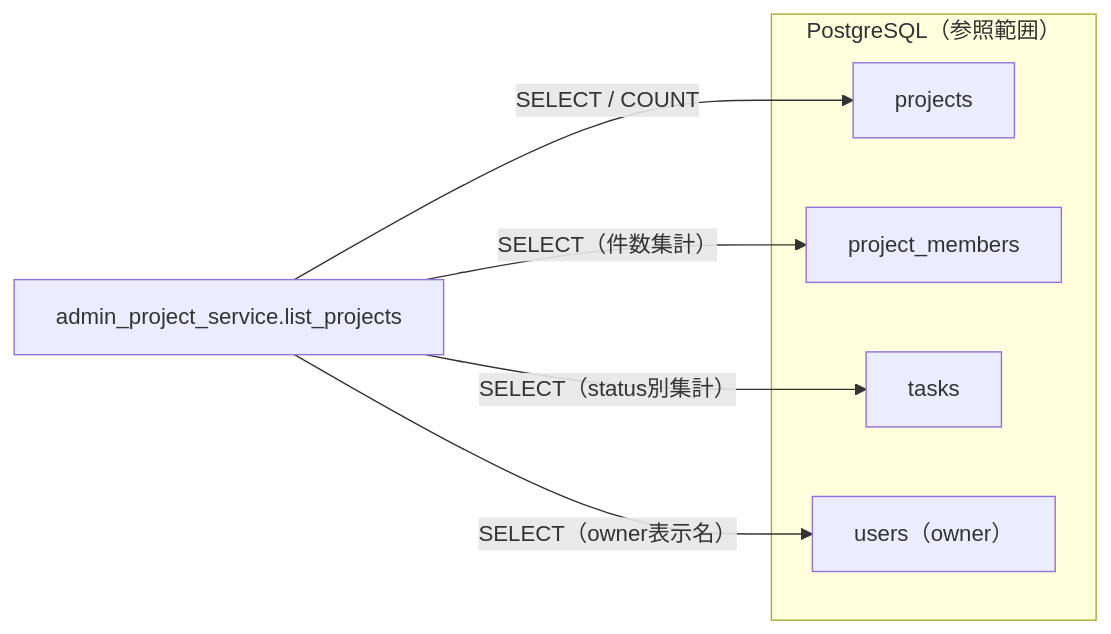
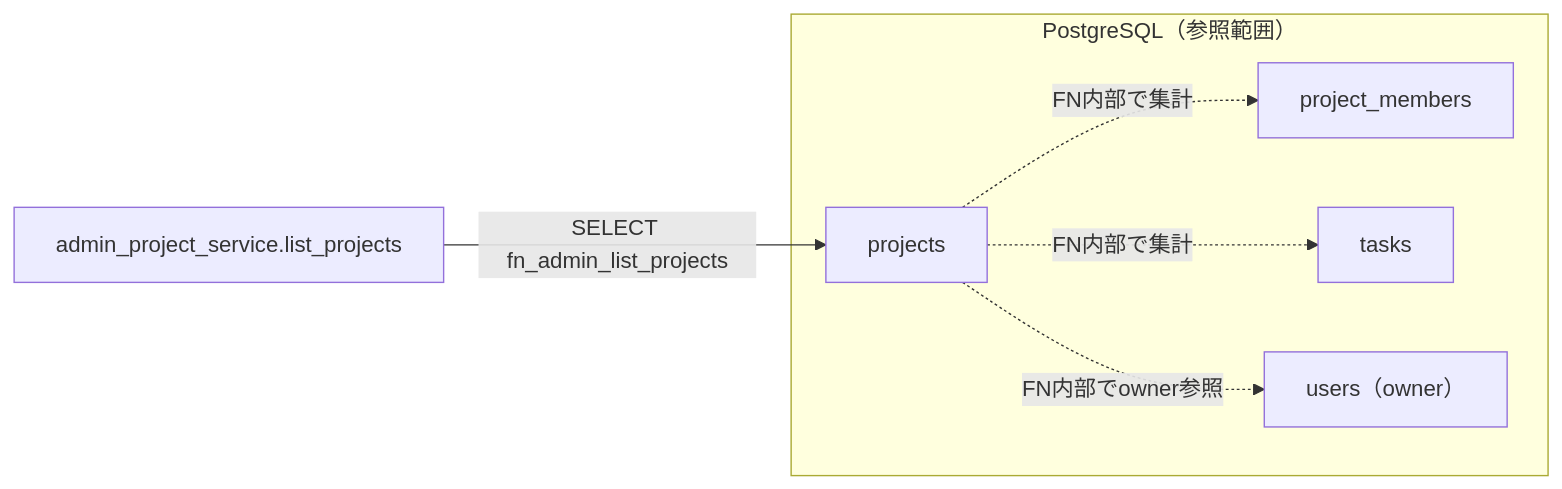
One commit to oikawa-d/task_management changed the fourth of 4 diagrams in docs/detailed_design/api/admin/05_get_admin_projects.md. Above: the diagram before and after it, drawn with Mermaid. The commit also changed other lines of this file and 88 other files, not shown here.

````diff
--- a/docs/detailed_design/api/admin/05_get_admin_projects.md
+++ b/docs/detailed_design/api/admin/05_get_admin_projects.md
@@ -232,13 +229,13 @@
 ```mermaid
 flowchart LR
     subgraph PG["PostgreSQL（参照範囲）"]
         T1["projects"]
         T2["project_members"]
         T3["tasks"]
         T4["users（owner）"]
     end
-    S["admin_project_service.list_projects"] -->|"SELECT / COUNT"| T1
-    S -->|"SELECT（件数集計）"| T2
-    S -->|"SELECT（status別集計）"| T3
-    S -->|"SELECT（owner表示名）"| T4
+    S["admin_project_service.list_projects"] -->|"SELECT fn_admin_list_projects"| T1
+    T1 -.->|"FN内部で集計"| T2
+    T1 -.->|"FN内部で集計"| T3
+    T1 -.->|"FN内部でowner参照"| T4
 ```
````
